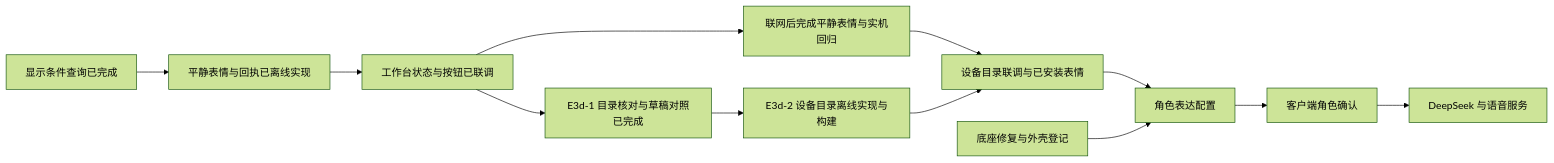
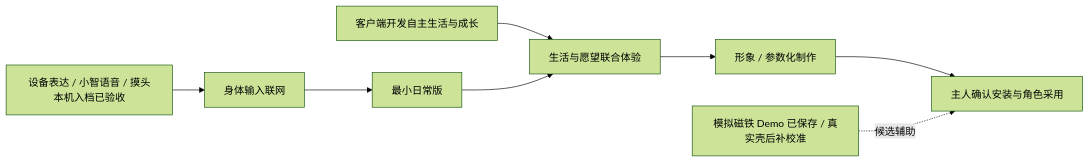
The diagram in docs/development-pipeline-20261102.md (404-NOT-FOUND-ERROR/DeskBot-Hardware), drawn with Mermaid (forest theme) before and after one commit. The commit also changed other lines of this file and 1757 other files, not shown here.

````diff
--- a/docs/development-pipeline-20261102.md
+++ b/docs/development-pipeline-20261102.md
@@ -20,14 +187,10 @@
 ```mermaid
 flowchart LR
-    A[显示条件查询已完成] --> B[平静表情与回执已离线实现]
-    B --> C[工作台状态与按钮已联调]
-    C --> D[联网后完成平静表情与实机回归]
-    C --> J[E3d-1 目录核对与草稿对照已完成]
-    J --> E[E3d-2 设备目录离线实现与构建]
-    D --> K[设备目录联调与已安装表情]
-    E --> K
-    K --> F[角色表达配置]
-    G[底座修复与外壳登记] --> F
-    F --> H[客户端角色确认]
-    H --> I[DeepSeek 与语音服务]
+    A[设备表达 / 小智语音 / 摸头本机入档已验收] --> B[身体输入联网]
+    B --> C[最小日常版]
+    L[客户端开发自主生活与成长] --> D[生活与愿望联合体验]
+    C --> D
+    D --> G[形象 / 参数化制作]
+    G --> H[主人确认安装与角色采用]
+    S[模拟磁铁 Demo 已保存 / 真实壳后补校准] -.候选辅助.-> H
 ```
````
